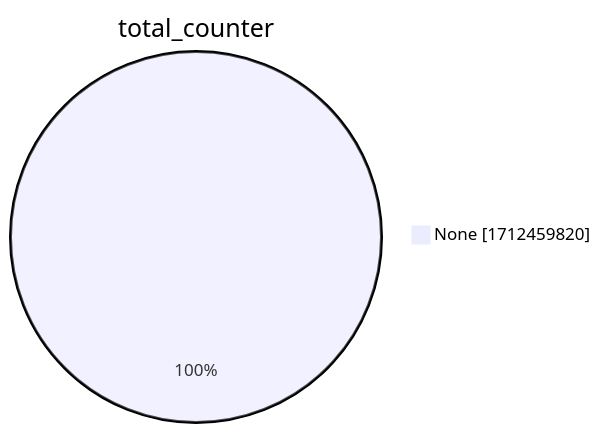
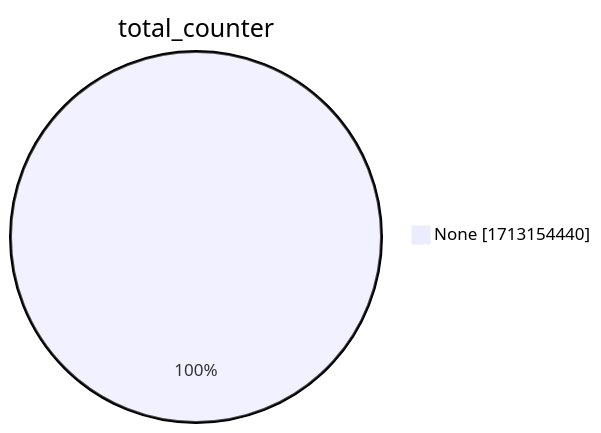
One commit to christiankrug/ctmonitor_visualization changed the second of 15 diagrams in xenon2022/README.md. Above: the diagram before and after it, drawn with Mermaid. The commit also changed other lines of this file, not shown here.

````diff
--- a/xenon2022/README.md
+++ b/xenon2022/README.md
@@ -9,5 +9,5 @@
 ```mermaid
 pie showData
 title total_counter
-"None" :1712459820
+"None" :1713154440
 ```
````
